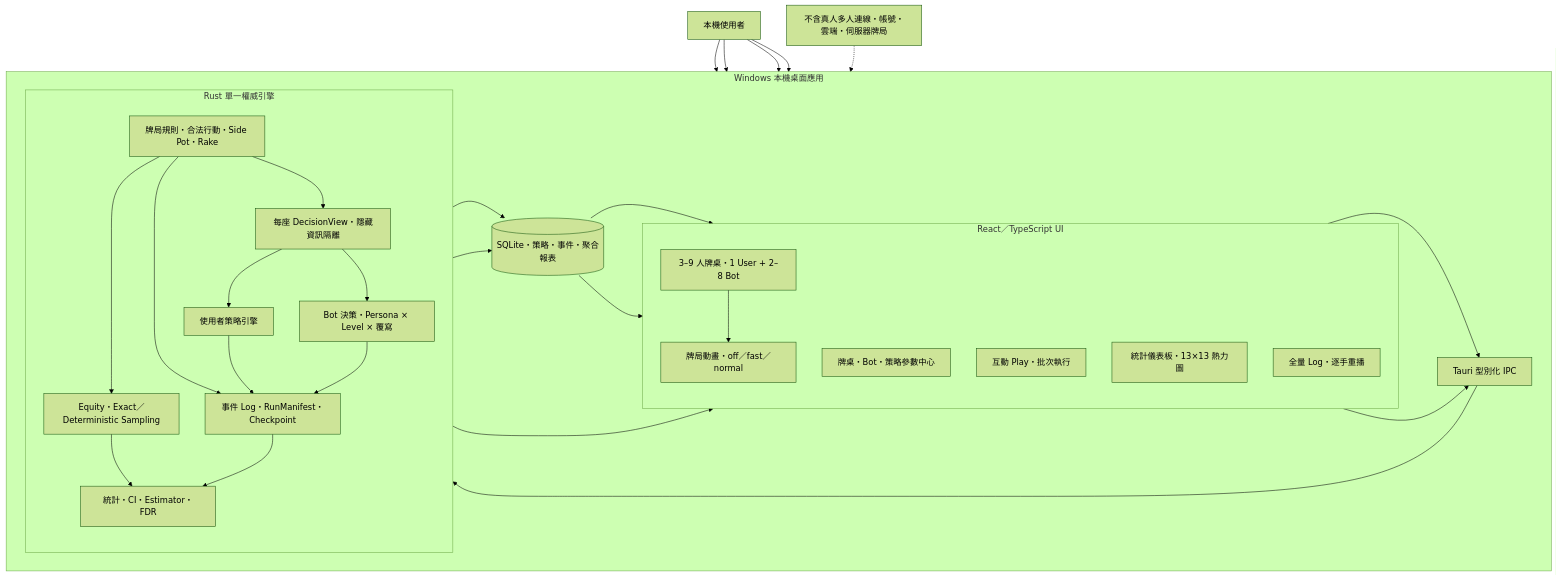
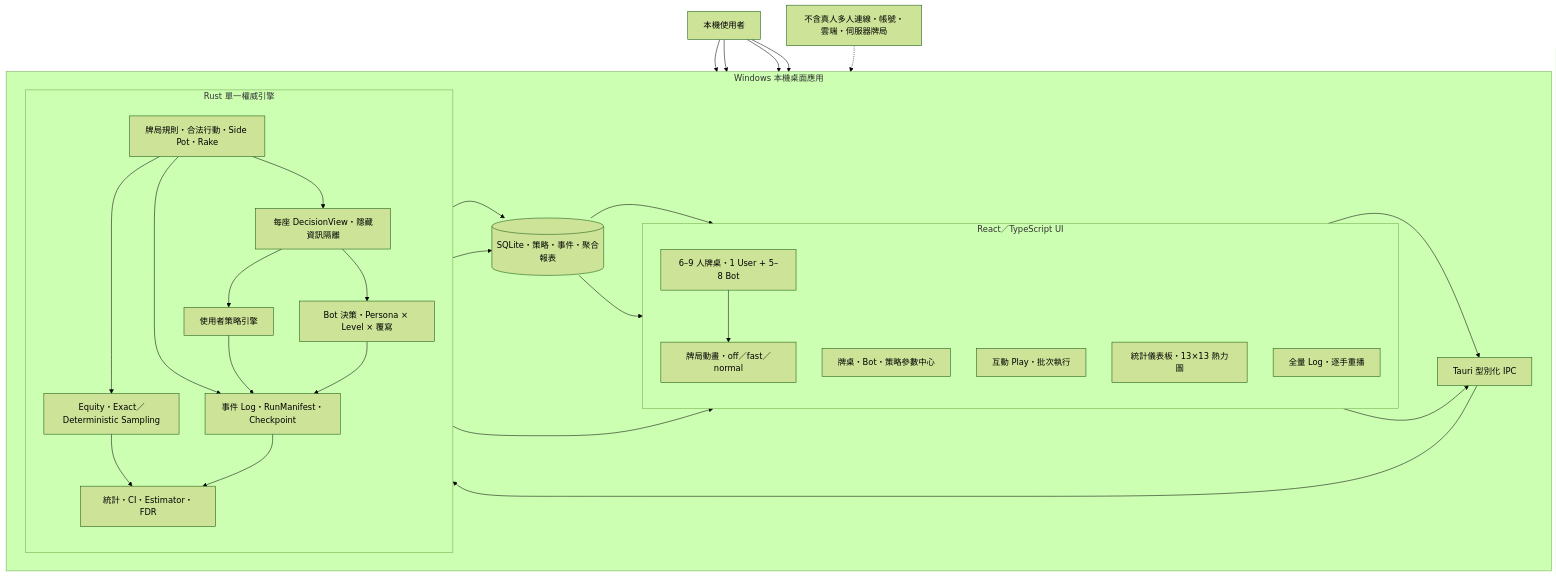
One commit to lovemage/taxes-leo changed the diagram in diagrams/arch.mmd. Above: the diagram before and after it, drawn with Mermaid (forest theme). The commit also changed 7 other files, not shown here.

```diff
--- a/diagrams/arch.mmd
+++ b/diagrams/arch.mmd
@@ -1,57 +1,57 @@
 flowchart TD
     USER[本機使用者]
 
     subgraph DESKTOP [Windows 本機桌面應用]
         direction LR
 
         subgraph UI [React／TypeScript UI]
             direction TB
-            TABLE[3–9 人牌桌・1 User + 2–8 Bot]
+            TABLE[6–9 人牌桌・1 User + 5–8 Bot]
             PARAM[牌桌・Bot・策略參數中心]
             RUN[互動 Play・批次執行]
             DASH[統計儀表板・13×13 熱力圖]
             REPLAY[全量 Log・逐手重播]
             ANIM[牌局動畫・off／fast／normal]
         end
 
         IPC[Tauri 型別化 IPC]
 
         subgraph RUST [Rust 單一權威引擎]
             direction TB
             CORE[牌局規則・合法行動・Side Pot・Rake]
             VIEW[每座 DecisionView・隱藏資訊隔離]
             STRAT[使用者策略引擎]
             BOT[Bot 決策・Persona × Level × 覆寫]
             EQUITY[Equity・Exact／Deterministic Sampling]
             STATS[統計・CI・Estimator・FDR]
             EVENTS[事件 Log・RunManifest・Checkpoint]
         end
 
         DB[(SQLite・策略・事件・聚合報表)]
 
         PARAM --> IPC
         RUN --> IPC
         IPC --> CORE
         CORE --> VIEW
         VIEW --> STRAT
         VIEW --> BOT
         CORE --> EQUITY
         CORE --> EVENTS
         EQUITY --> STATS
         EVENTS --> STATS
         STRAT --> EVENTS
         BOT --> EVENTS
         EVENTS --> DB
         STATS --> DB
         DB --> DASH
         DB --> REPLAY
         CORE --> TABLE
         TABLE --> ANIM
     end
 
     USER --> PARAM
     USER --> RUN
     USER --> DASH
     USER --> REPLAY
     BOUNDARY[不含真人多人連線・帳號・雲端・伺服器牌局]
     BOUNDARY -.-> DESKTOP
```
